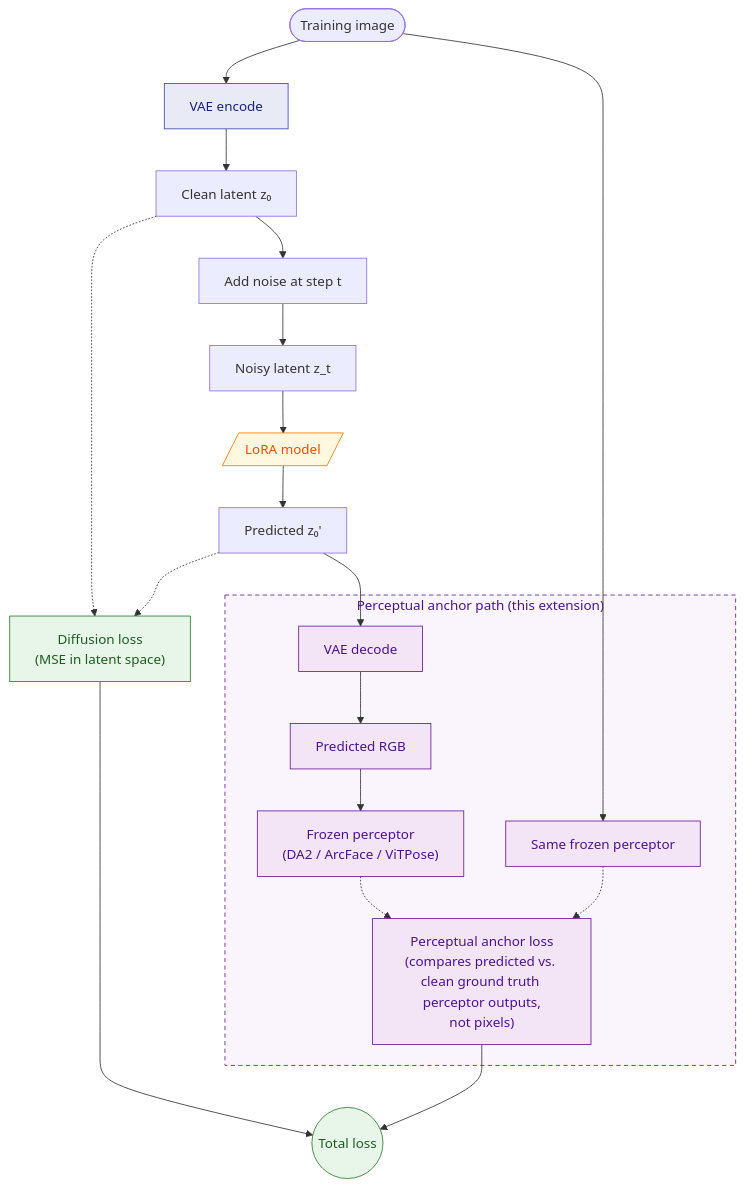
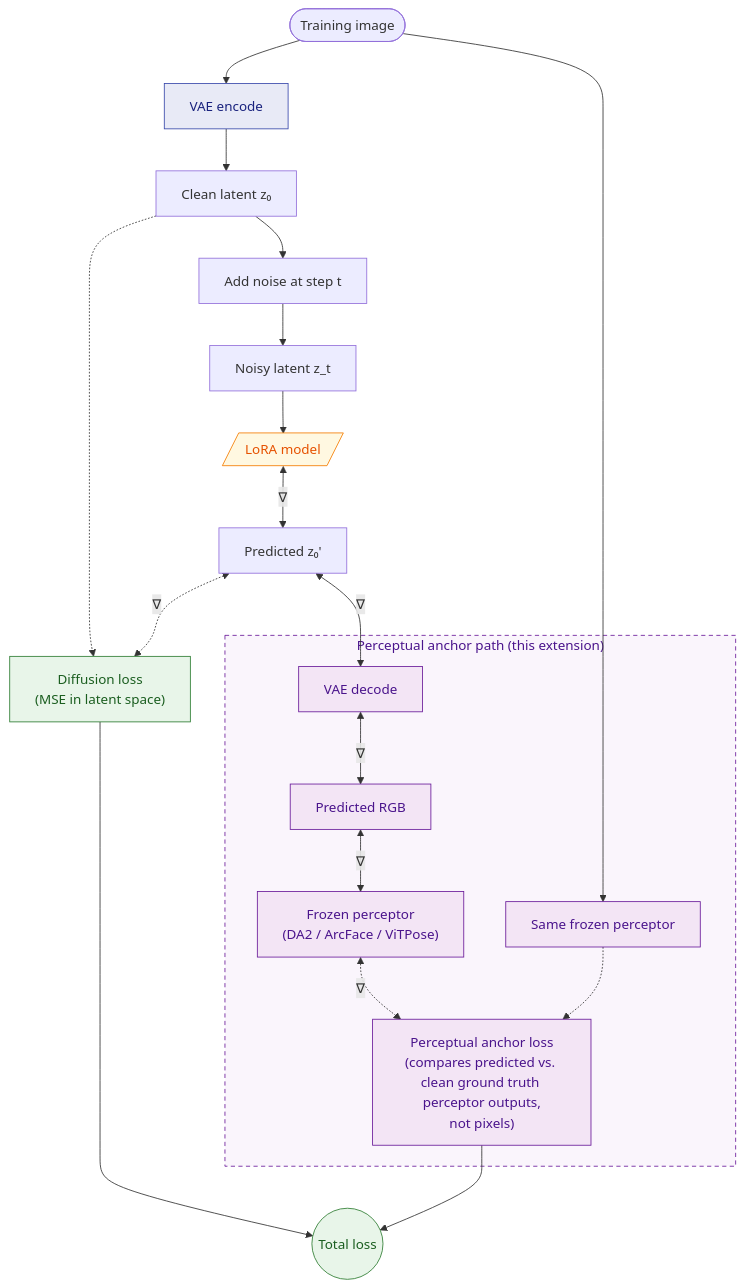
One commit to BuffaloBuffaloBuffaloBuffalo/ai-toolkit-perceptual changed the diagram in README.md. Above: the diagram before and after it, drawn with Mermaid. The commit also changed other lines of this file, not shown here.

Commit message:
README: single diagram with bidirectional ∇ edges for backward pass

````diff
--- a/README.md
+++ b/README.md
@@ -29,42 +27,42 @@
 ```mermaid
 flowchart TD
     GT([Training image])
     GT --> Encode[VAE encode]
     Encode --> Z0[Clean latent z₀]
     Z0 --> Noise[Add noise at step t]
     Noise --> Zt[Noisy latent z_t]
     Zt --> Model[/LoRA model/]
-    Model --> Zhat[Predicted z₀']
+    Model <-->|∇| Zhat[Predicted z₀']
 
     Z0 -.-> Diff["Diffusion loss<br/>(MSE in latent space)"]
-    Zhat -.-> Diff
+    Zhat <-.->|∇| Diff
 
     subgraph Perceptual["Perceptual anchor path (this extension)"]
         Decode[VAE decode]
         RGBp[Predicted RGB]
         Pp["Frozen perceptor<br/>(DA2 / ArcFace / ViTPose)"]
         Pg[Same frozen perceptor]
         Anchor["Perceptual anchor loss<br/>(compares predicted vs. clean ground truth perceptor outputs,<br/>not pixels)"]
     end
 
-    Zhat --> Decode
-    Decode --> RGBp
-    RGBp --> Pp
+    Zhat <-->|∇| Decode
+    Decode <-->|∇| RGBp
+    RGBp <-->|∇| Pp
     GT --> Pg
-    Pp -.-> Anchor
+    Pp <-.->|∇| Anchor
     Pg -.-> Anchor
 
     Diff --> Total((Total loss))
     Anchor --> Total
 
     classDef frozen fill:#e8eaf6,stroke:#3949ab,color:#1a237e
     classDef trainable fill:#fff8e1,stroke:#f57c00,color:#e65100
     classDef loss fill:#e8f5e9,stroke:#2e7d32,color:#1b5e20
     classDef anchor fill:#f3e5f5,stroke:#6a1b9a,color:#4a148c
 
     class Encode frozen
     class Model trainable
     class Diff,Total loss
     class Decode,RGBp,Pp,Pg,Anchor anchor
     style Perceptual fill:#faf5fc,stroke:#6a1b9a,stroke-dasharray:5 4,color:#4a148c
 ```
````
